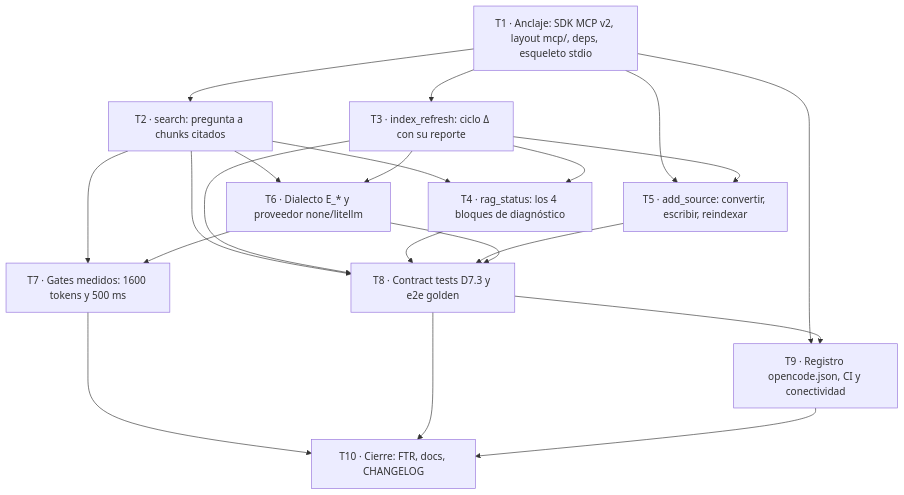
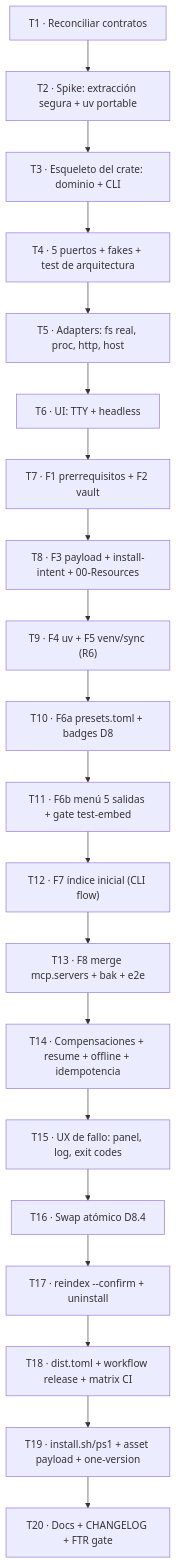
The diagram in tasks/plan.md (Fisherk2/tepochcalli-opencode), drawn with Mermaid before and after one commit. The commit also changed other lines of this file and 1 other file, not shown here.

````diff
--- a/tasks/plan.md
+++ b/tasks/plan.md
@@ -87,23 +98,22 @@
 ```mermaid
 graph TB
-    T1["T1 · Anclaje: SDK MCP v2, layout mcp/, deps, esqueleto stdio"] --> T2["T2 · search: pregunta a chunks citados"]
-    T1 --> T3["T3 · index_refresh: ciclo Δ con su reporte"]
-    T1 --> T5["T5 · add_source: convertir, escribir, reindexar"]
-    T2 --> T4["T4 · rag_status: los 4 bloques de diagnóstico"]
-    T3 --> T4
-    T3 --> T5
-    T2 --> T6["T6 · Dialecto E_* y proveedor none/litellm"]
-    T3 --> T6
-    T2 --> T7["T7 · Gates medidos: 1600 tokens y 500 ms"]
-    T6 --> T7
-    T2 --> T8["T8 · Contract tests D7.3 y e2e golden"]
-    T3 --> T8
-    T4 --> T8
-    T5 --> T8
-    T6 --> T8
-    T1 --> T9["T9 · Registro opencode.json, CI y conectividad"]
-    T8 --> T9
-    T7 --> T10["T10 · Cierre: FTR, docs, CHANGELOG"]
-    T8 --> T10
-    T9 --> T10
+    T1["T1 · Reconciliar contratos"] --> T2["T2 · Spike: extracción segura + uv portable"]
+    T2 --> T3["T3 · Esqueleto del crate: dominio + CLI"]
+    T3 --> T4["T4 · 5 puertos + fakes + test de arquitectura"]
+    T4 --> T5["T5 · Adapters: fs real, proc, http, host"]
+    T5 --> T6["T6 · UI: TTY + headless"]
+    T6 --> T7["T7 · F1 prerrequisitos + F2 vault"]
+    T7 --> T8["T8 · F3 payload + install-intent + 00-Resources"]
+    T8 --> T9["T9 · F4 uv + F5 venv/sync (R6)"]
+    T9 --> T10["T10 · F6a presets.toml + badges D8"]
+    T10 --> T11["T11 · F6b menú 5 salidas + gate test-embed"]
+    T11 --> T12["T12 · F7 índice inicial (CLI flow)"]
+    T12 --> T13["T13 · F8 merge mcp.servers + bak + e2e"]
+    T13 --> T14["T14 · Compensaciones + resume + offline + idempotencia"]
+    T14 --> T15["T15 · UX de fallo: panel, log, exit codes"]
+    T15 --> T16["T16 · Swap atómico D8.4"]
+    T16 --> T17["T17 · reindex --confirm + uninstall"]
+    T17 --> T18["T18 · dist.toml + workflow release + matrix CI"]
+    T18 --> T19["T19 · install.sh/ps1 + asset payload + one-version"]
+    T19 --> T20["T20 · Docs + CHANGELOG + FTR gate"]
 ```
````
